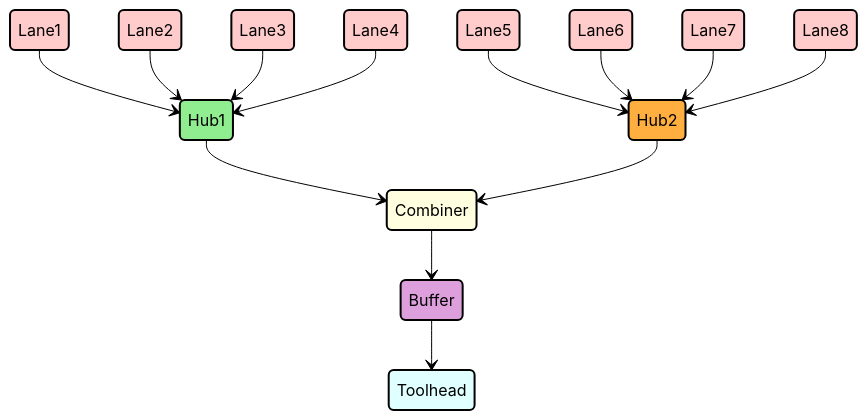
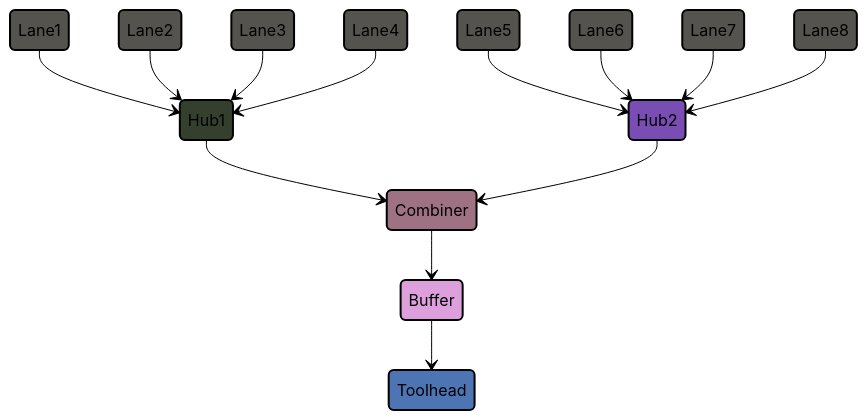
The third of 4 diagrams in documentation/configuration/configuration_examples.md (ArmoredTurtle/AFC-Klipper-Add-On), drawn with Mermaid (neutral theme) before and after one commit. The commit also changed other lines of this file and 3 other files, not shown here.

````diff
--- a/documentation/configuration/configuration_examples.md
+++ b/documentation/configuration/configuration_examples.md
@@ -140,31 +140,31 @@
 ``` mermaid
 stateDiagram-v2
     Lane1 --> Hub1
     Lane2 --> Hub1
     Lane3 --> Hub1
     Lane4 --> Hub1
     Lane5 --> Hub2
     Lane6 --> Hub2
     Lane7 --> Hub2
     Lane8 --> Hub2
 
     Hub1 --> Combiner
     Hub2 --> Combiner
     Combiner --> Buffer
     Buffer --> Toolhead
 
     %% Adding styles for colors and text visibility
-    style Lane1 fill:#ffcccb,stroke:#000000,stroke-width:2px,color:#000000
-    style Lane2 fill:#ffcccb,stroke:#000000,stroke-width:2px,color:#000000
-    style Lane3 fill:#ffcccb,stroke:#000000,stroke-width:2px,color:#000000
-    style Lane4 fill:#ffcccb,stroke:#000000,stroke-width:2px,color:#000000
-    style Lane5 fill:#ffcccb,stroke:#000000,stroke-width:2px,color:#000000
-    style Lane6 fill:#ffcccb,stroke:#000000,stroke-width:2px,color:#000000
-    style Lane7 fill:#ffcccb,stroke:#000000,stroke-width:2px,color:#000000
-    style Lane8 fill:#ffcccb,stroke:#000000,stroke-width:2px,color:#000000
-    style Hub1 fill:#90ee90,stroke:#000000,stroke-width:2px,color:#000000
-    style Hub2 fill:#ffae40,stroke:#000000,stroke-width:2px,color:#000000
-    style Combiner fill:#ffffe0,stroke:#000000,stroke-width:2px,color:#000000
+    style Lane1 fill:#54534e,stroke:#000000,stroke-width:2px,color:#000000
+    style Lane2 fill:#54534e,stroke:#000000,stroke-width:2px,color:#000000
+    style Lane3 fill:#54534e,stroke:#000000,stroke-width:2px,color:#000000
+    style Lane4 fill:#54534e,stroke:#000000,stroke-width:2px,color:#000000
+    style Lane5 fill:#54534e,stroke:#000000,stroke-width:2px,color:#000000
+    style Lane6 fill:#54534e,stroke:#000000,stroke-width:2px,color:#000000
+    style Lane7 fill:#54534e,stroke:#000000,stroke-width:2px,color:#000000
+    style Lane8 fill:#54534e,stroke:#000000,stroke-width:2px,color:#000000
+    style Hub1 fill:#34402d,stroke:#000000,stroke-width:2px,color:#000000
+    style Hub2 fill:#794db3,stroke:#000000,stroke-width:2px,color:#000000
+    style Combiner fill:#9e7283,stroke:#000000,stroke-width:2px,color:#000000
     style Buffer fill:#dda0dd,stroke:#000000,stroke-width:2px,color:#000000
-    style Toolhead fill:#e0ffff,stroke:#000000,stroke-width:2px,color:#000000
+    style Toolhead fill:#4d75b3,stroke:#000000,stroke-width:2px,color:#000000
 ```
````
